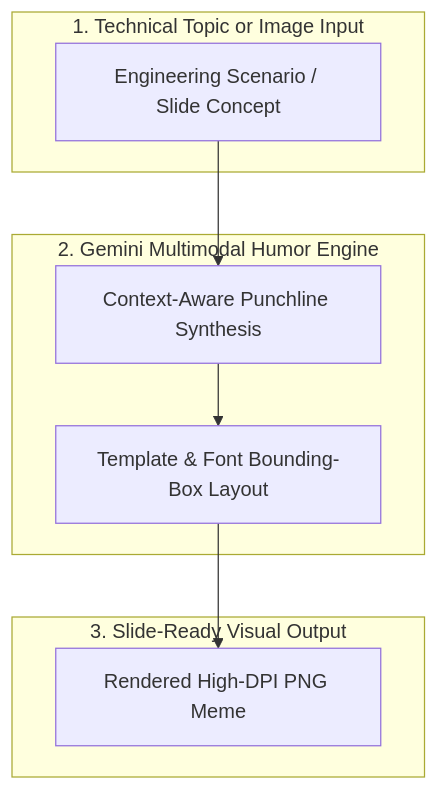
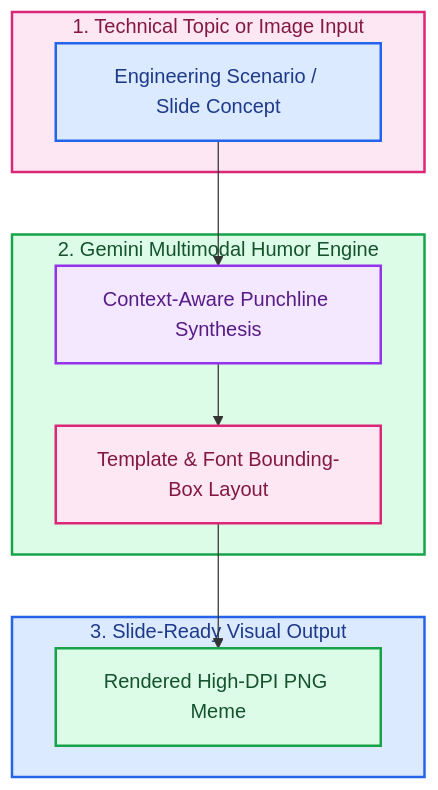
Before and after one commit to RobinaMirbahar/Meme-Generator: the diagram in README.md, drawn with Mermaid. The commit also changed other lines of this file, not shown here.

Commit message:
docs: add 3-line Author & Companion Publication header, color-coded Mermaid diagram, and remove repetitive footer

````diff
--- a/README.md
+++ b/README.md
@@ -29,14 +29,21 @@
 ```mermaid
 flowchart TD
     subgraph Topic ["1. Technical Topic or Image Input"]
         T_In["Engineering Scenario / Slide Concept"]
     end
     subgraph Gemini ["2. Gemini Multimodal Humor Engine"]
         G_Cap["Context-Aware Punchline Synthesis"]
         G_Lay["Template & Font Bounding-Box Layout"]
     end
     subgraph Out ["3. Slide-Ready Visual Output"]
         O_Img["Rendered High-DPI PNG Meme"]
     end
     T_In --> G_Cap --> G_Lay --> O_Img
+    style Topic fill:#fce7f3,stroke:#db2777,stroke-width:2px,color:#831843
+    style T_In fill:#dbeafe,stroke:#2563eb,stroke-width:2px,color:#1e3a8a
+    style Gemini fill:#dcfce7,stroke:#16a34a,stroke-width:2px,color:#14532d
+    style G_Cap fill:#f3e8ff,stroke:#9333ea,stroke-width:2px,color:#581c87
+    style G_Lay fill:#fce7f3,stroke:#db2777,stroke-width:2px,color:#831843
+    style Out fill:#dbeafe,stroke:#2563eb,stroke-width:2px,color:#1e3a8a
+    style O_Img fill:#dcfce7,stroke:#16a34a,stroke-width:2px,color:#14532d
 ```
````
